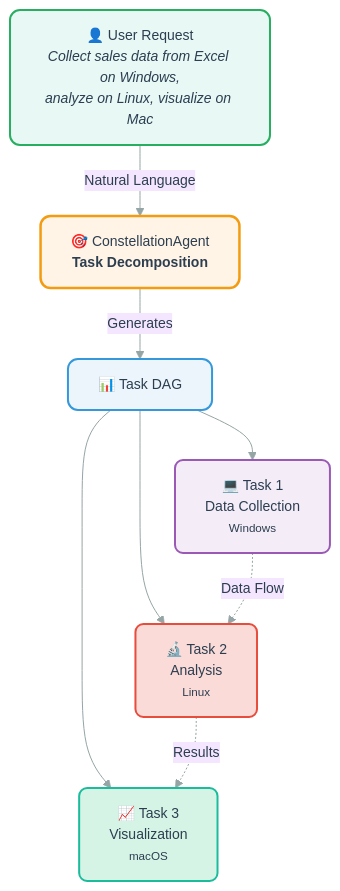
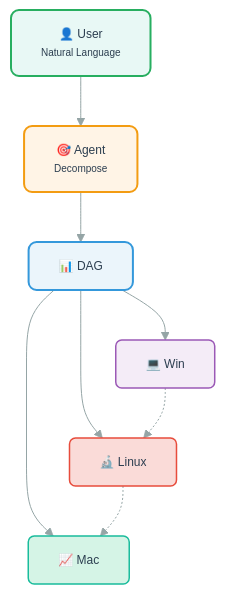
The second of 4 diagrams in README.md (microsoft/UFO), drawn with Mermaid before and after one commit. The commit also changed other lines of this file, not shown here.

````diff
--- a/README.md
+++ b/README.md
@@ -184,25 +188,21 @@
 ```mermaid
-%%{init: {'theme':'base', 'themeVariables': {'primaryColor':'#FFF4E6','primaryTextColor':'#2C3E50','primaryBorderColor':'#F39C12','lineColor':'#95A5A6','fontSize':'14px','fontFamily':'Segoe UI'}}}%%
+%%{init: {'theme':'base', 'themeVariables': {'primaryColor':'#FFF4E6','primaryTextColor':'#2C3E50','primaryBorderColor':'#F39C12','lineColor':'#95A5A6','fontSize':'12px'}}}%%
 graph TD
-    User["👤 User Request<br/><i>Collect sales data from Excel on Windows,<br/>analyze on Linux, visualize on Mac</i>"]
-    CA["🎯 ConstellationAgent<br/><b>Task Decomposition</b>"]
-    DAG["📊 Task DAG"]
-    T1["💻 Task 1<br/>Data Collection<br/><small>Windows</small>"]
-    T2["🔬 Task 2<br/>Analysis<br/><small>Linux</small>"]
-    T3["📈 Task 3<br/>Visualization<br/><small>macOS</small>"]
+    U["👤 User<br/><small>Natural Language</small>"]
+    C["🎯 Agent<br/><small>Decompose</small>"]
+    D["📊 DAG"]
+    T1["💻 Win"]
+    T2["🔬 Linux"]
+    T3["📈 Mac"]
     
-    User -->|Natural Language| CA
-    CA -->|Generates| DAG
-    DAG --> T1
-    DAG --> T2
-    DAG --> T3
-    T1 -.->|Data Flow| T2
-    T2 -.->|Results| T3
+    U --> C --> D
+    D --> T1 & T2 & T3
+    T1 -.-> T2 -.-> T3
     
-    style User fill:#E8F8F5,stroke:#27AE60,stroke-width:2px,rx:10
-    style CA fill:#FFF4E6,stroke:#F39C12,stroke-width:2.5px,rx:10
-    style DAG fill:#EBF5FB,stroke:#3498DB,stroke-width:2px,rx:10
-    style T1 fill:#F4ECF7,stroke:#9B59B6,stroke-width:2px,rx:8
-    style T2 fill:#FADBD8,stroke:#E74C3C,stroke-width:2px,rx:8
-    style T3 fill:#D5F4E6,stroke:#1ABC9C,stroke-width:2px,rx:8
+    style U fill:#E8F8F5,stroke:#27AE60,stroke-width:2px,rx:8
+    style C fill:#FFF4E6,stroke:#F39C12,stroke-width:2px,rx:8
+    style D fill:#EBF5FB,stroke:#3498DB,stroke-width:2px,rx:8
+    style T1 fill:#F4ECF7,stroke:#9B59B6,stroke-width:1.5px,rx:6
+    style T2 fill:#FADBD8,stroke:#E74C3C,stroke-width:1.5px,rx:6
+    style T3 fill:#D5F4E6,stroke:#1ABC9C,stroke-width:1.5px,rx:6
 ```
````
